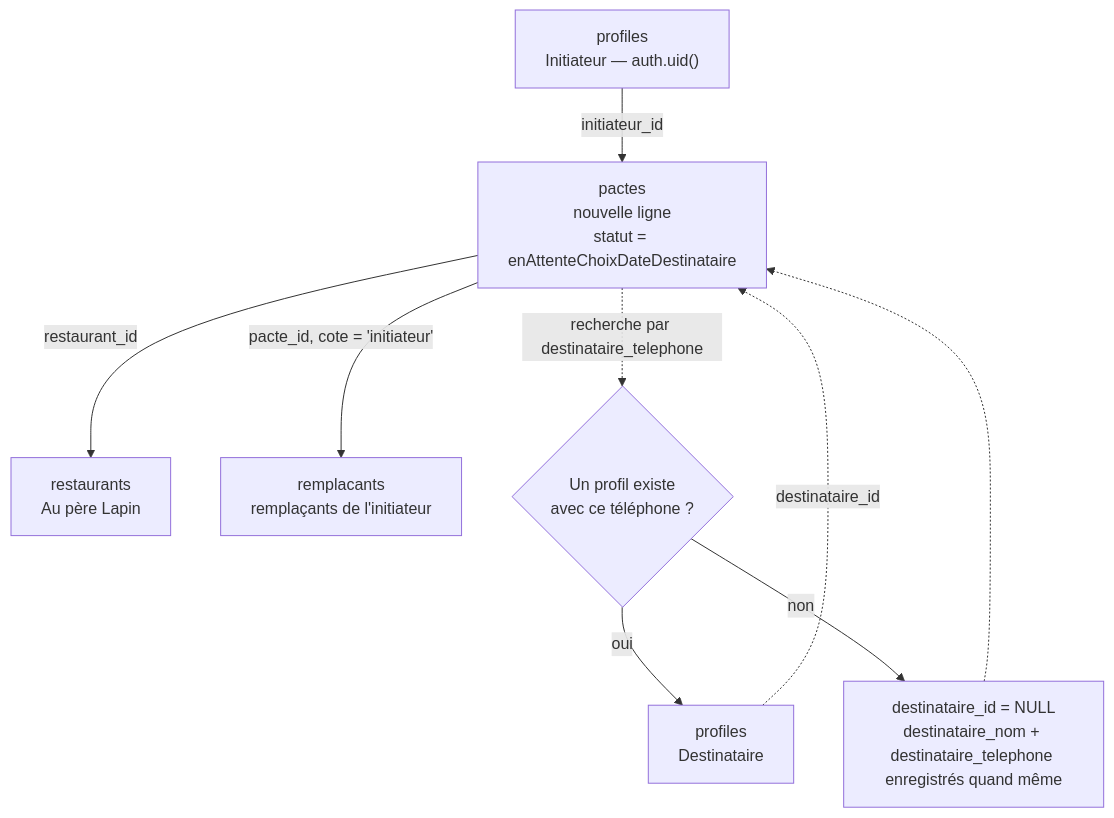
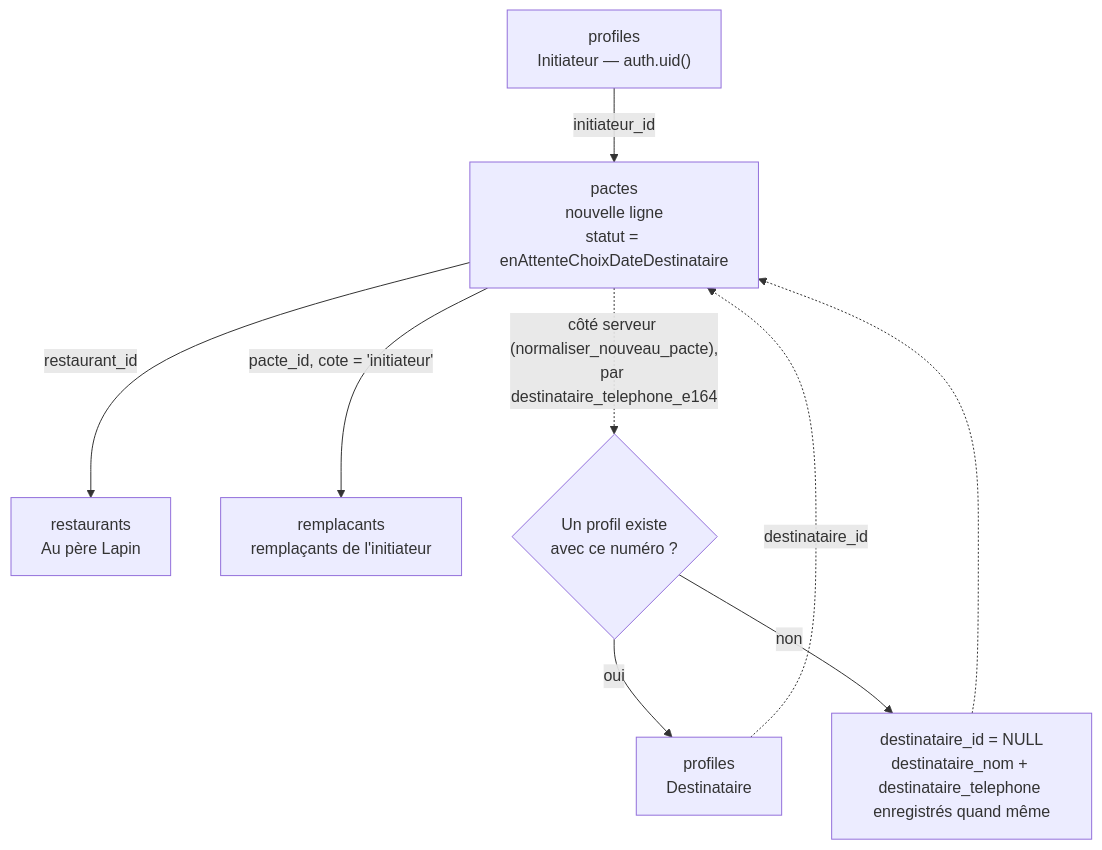
Before and after one commit to kevinarner/le_pacte: the first of 5 diagrams in ARCHITECTURE.md, drawn with Mermaid. The commit also changed other lines of this file and 13 other files, not shown here.

````diff
--- a/ARCHITECTURE.md
+++ b/ARCHITECTURE.md
@@ -122,11 +131,11 @@
 ```mermaid
 flowchart TD
     K["profiles\nInitiateur — auth.uid()"] -->|initiateur_id| P["pactes\nnouvelle ligne\nstatut = enAttenteChoixDateDestinataire"]
     P -->|restaurant_id| R["restaurants\nAu père Lapin"]
     P -->|"pacte_id, cote = 'initiateur'"| RI["remplacants\nremplaçants de l'initiateur"]
-    P -.->|recherche par destinataire_telephone| D{"Un profil existe\navec ce téléphone ?"}
+    P -.->|"côté serveur (normaliser_nouveau_pacte),\npar destinataire_telephone_e164"| D{"Un profil existe\navec ce numéro ?"}
     D -->|oui| E["profiles\nDestinataire"]
     D -->|non| N["destinataire_id = NULL\ndestinataire_nom + destinataire_telephone enregistrés quand même"]
     E -.->|destinataire_id| P
     N -.-> P
 ```
````
